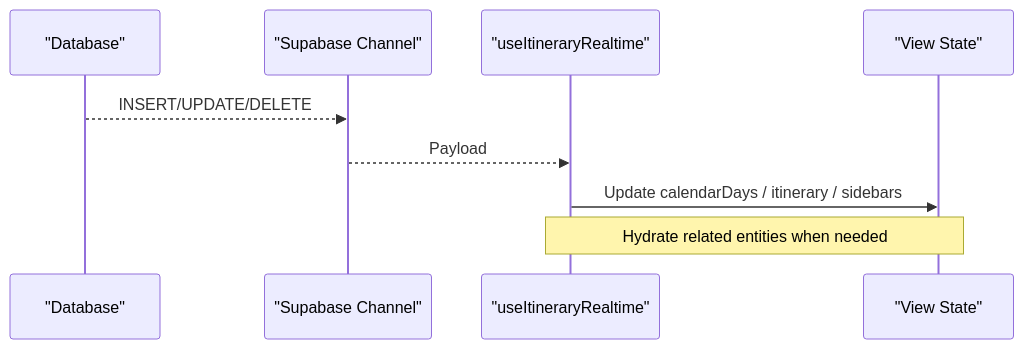
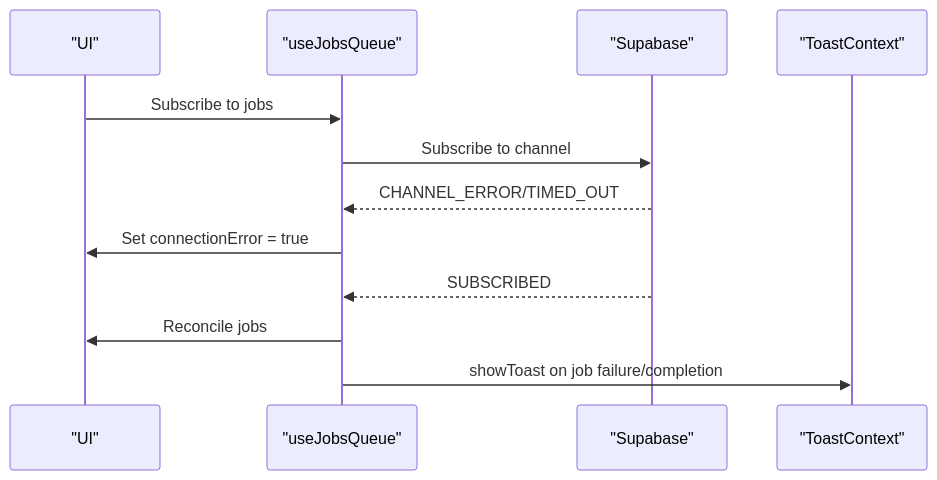
One commit to Meaetin/alibaba-hackathon changed the seventh of 8 diagrams in .qoder/repowiki/en/content/State Management/State Management.md. Above: the diagram before and after it, drawn with Mermaid. The commit also changed other lines of this file and 241 other files, not shown here.

````diff
--- a/.qoder/repowiki/en/content/State Management/State Management.md
+++ b/.qoder/repowiki/en/content/State Management/State Management.md
@@ -229,11 +299,14 @@
 ```mermaid
 sequenceDiagram
-participant DB as "Database"
-participant RT as "Supabase Channel"
-participant H as "useItineraryRealtime"
-participant V as "View State"
-DB-->>RT : INSERT/UPDATE/DELETE
-RT-->>H : Payload
-H->>V : Update calendarDays / itinerary / sidebars
-Note over H,V : Hydrate related entities when needed
+participant UI as "UI"
+participant JQ as "useJobsQueue"
+participant SB as "Supabase"
+participant TN as "ToastContext"
+UI->>JQ : Subscribe to jobs
+JQ->>SB : Subscribe to channel
+SB-->>JQ : CHANNEL_ERROR/TIMED_OUT
+JQ->>UI : Set connectionError = true
+SB-->>JQ : SUBSCRIBED
+JQ->>UI : Reconcile jobs
+JQ->>TN : showToast on job failure/completion
 ```
````
